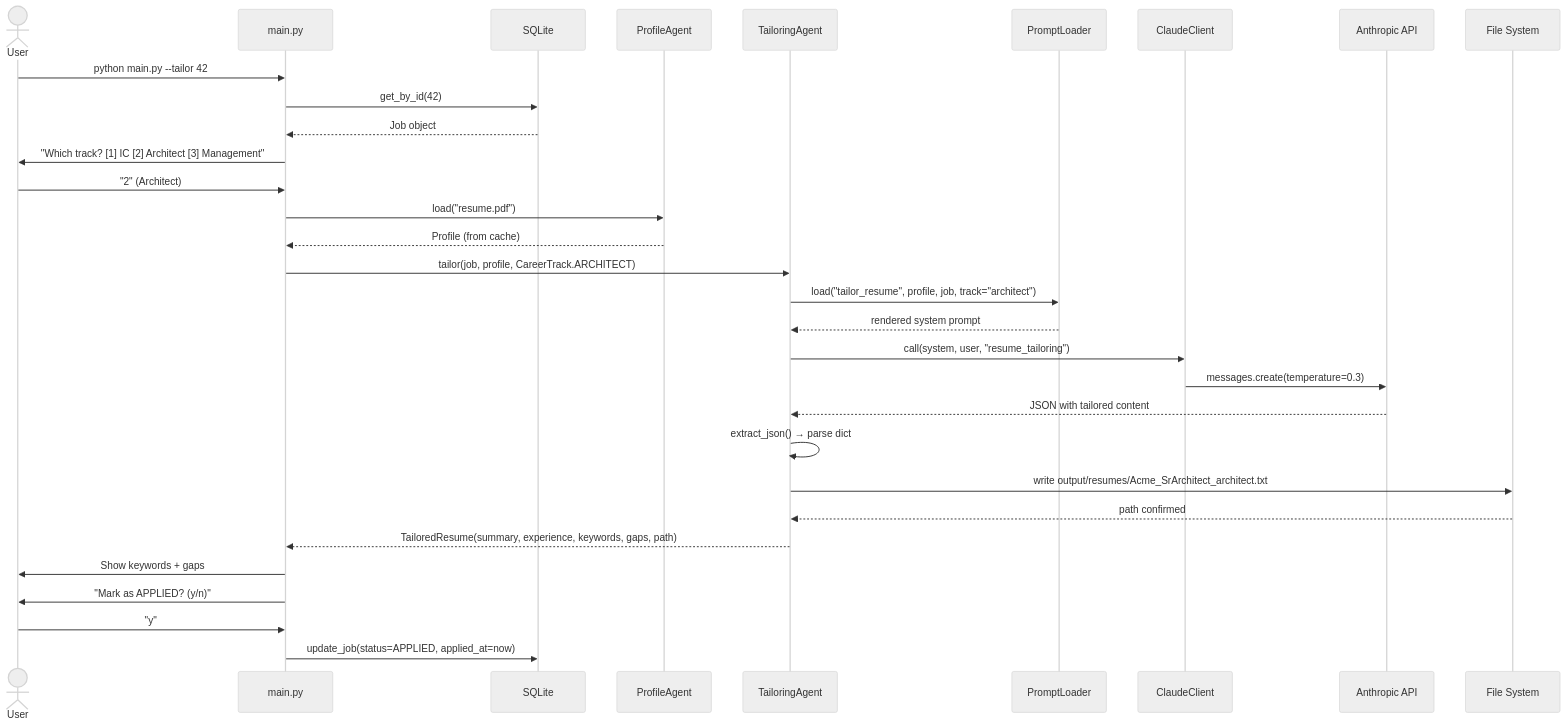
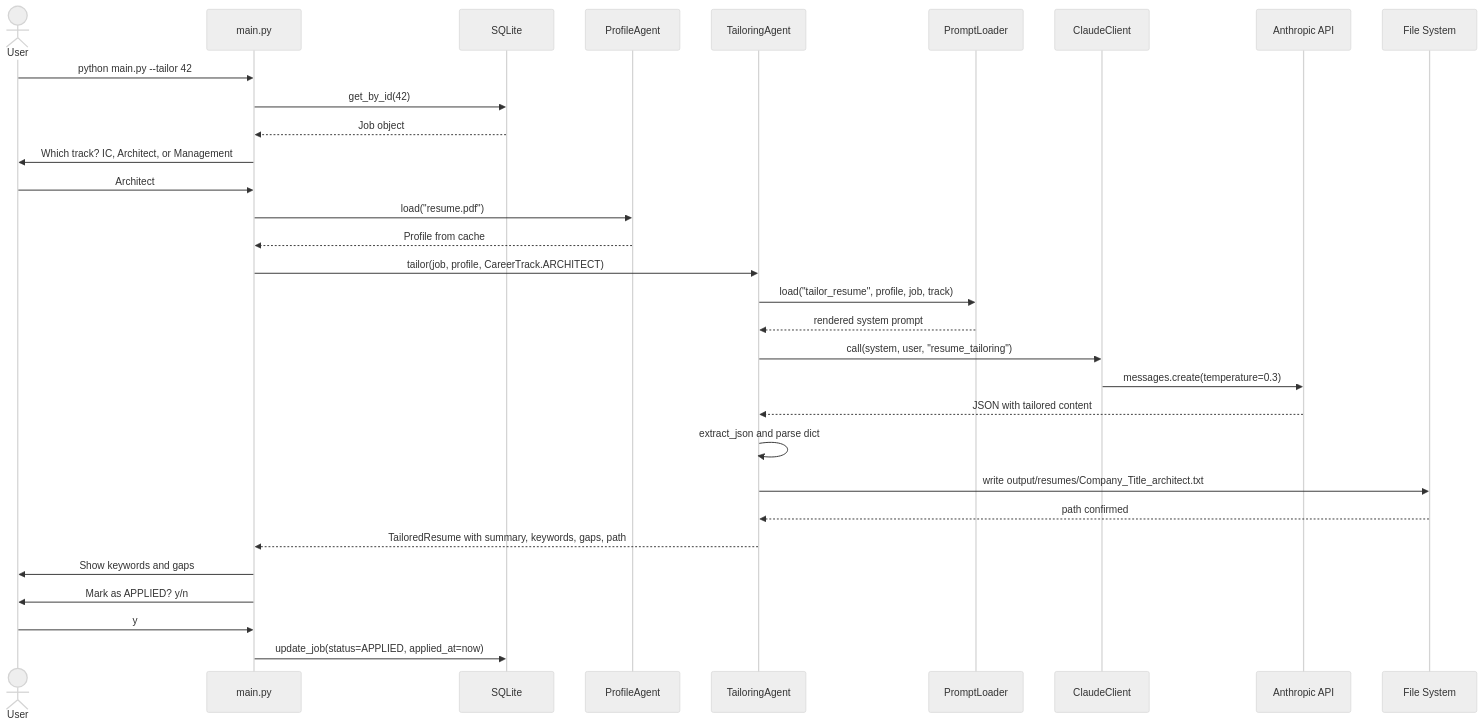
The seventh of 10 diagrams in docs/architecture.md (suthrams/jobsearchagent), drawn with Mermaid (neutral theme) before and after one commit. The commit also changed other lines of this file, not shown here.

First line of the commit message:
Fix Mermaid diagram syntax for GitHub renderer

````diff
--- a/docs/architecture.md
+++ b/docs/architecture.md
@@ -264,41 +245,41 @@
 ```mermaid
 sequenceDiagram
     actor User
     participant M as main.py
     participant DB as SQLite
     participant PA as ProfileAgent
     participant TA as TailoringAgent
     participant PL as PromptLoader
     participant CC as ClaudeClient
     participant API as Anthropic API
     participant FS as File System
 
     User->>M: python main.py --tailor 42
     M->>DB: get_by_id(42)
     DB-->>M: Job object
 
-    M->>User: "Which track? [1] IC  [2] Architect  [3] Management"
-    User->>M: "2" (Architect)
+    M->>User: Which track? IC, Architect, or Management
+    User->>M: Architect
 
     M->>PA: load("resume.pdf")
-    PA-->>M: Profile (from cache)
+    PA-->>M: Profile from cache
 
     M->>TA: tailor(job, profile, CareerTrack.ARCHITECT)
-    TA->>PL: load("tailor_resume", profile, job, track="architect")
+    TA->>PL: load("tailor_resume", profile, job, track)
     PL-->>TA: rendered system prompt
 
     TA->>CC: call(system, user, "resume_tailoring")
     CC->>API: messages.create(temperature=0.3)
     API-->>TA: JSON with tailored content
 
-    TA->>TA: extract_json() → parse dict
-    TA->>FS: write output/resumes/Acme_SrArchitect_architect.txt
+    TA->>TA: extract_json and parse dict
+    TA->>FS: write output/resumes/Company_Title_architect.txt
     FS-->>TA: path confirmed
 
-    TA-->>M: TailoredResume(summary, experience, keywords, gaps, path)
+    TA-->>M: TailoredResume with summary, keywords, gaps, path
 
-    M->>User: Show keywords + gaps
-    M->>User: "Mark as APPLIED? (y/n)"
-    User->>M: "y"
+    M->>User: Show keywords and gaps
+    M->>User: Mark as APPLIED? y/n
+    User->>M: y
     M->>DB: update_job(status=APPLIED, applied_at=now)
 ```
````
